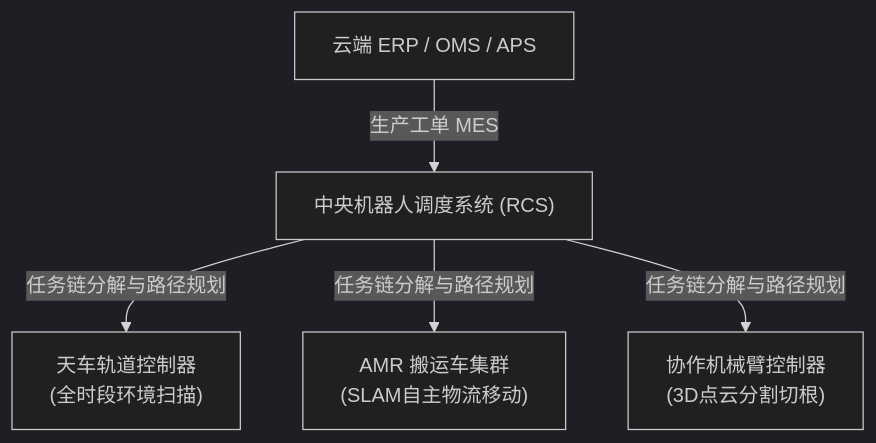
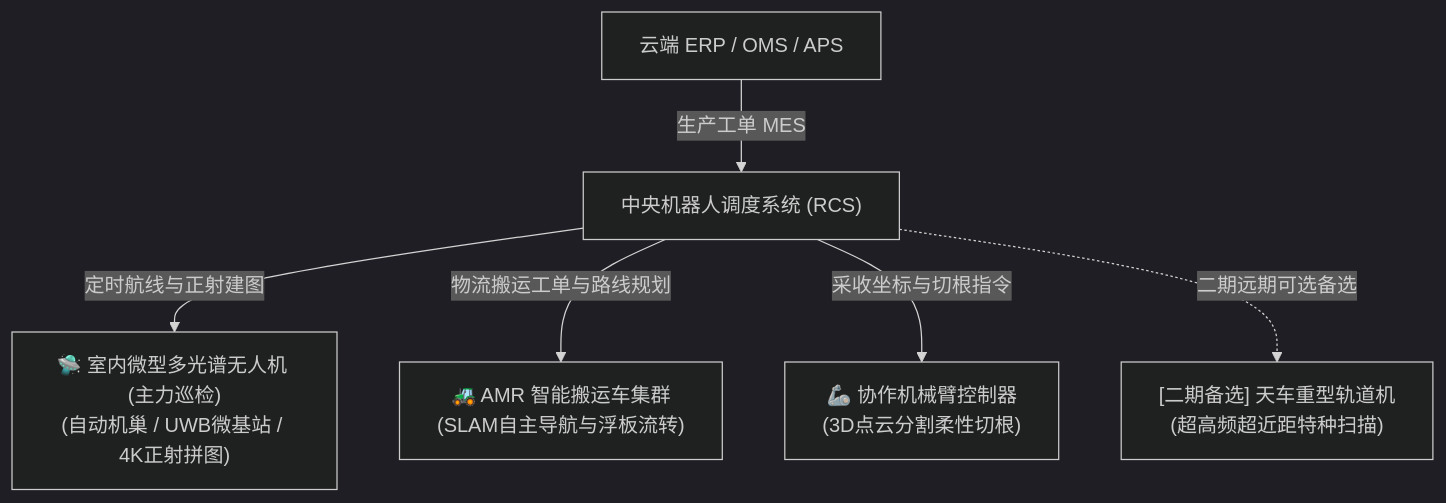
The diagram in docs/04_subsystems/04_智能调度与机器人.md (digitalboy/aquaponics), drawn with Mermaid (dark theme) before and after one commit. The commit also changed other lines of this file and 35 other files, not shown here.

````diff
--- a/docs/04_subsystems/04_智能调度与机器人.md
+++ b/docs/04_subsystems/04_智能调度与机器人.md
@@ -11,8 +11,9 @@
 ```mermaid
 flowchart TD
     Cloud["云端 ERP / OMS / APS"] -->|生产工单 MES| RCS["中央机器人调度系统 (RCS)"]
     
-    RCS -->|任务链分解与路径规划| Gantry["天车轨道控制器<br>(全时段环境扫描)"]
-    RCS -->|任务链分解与路径规划| AMR["AMR 搬运车集群<br>(SLAM自主物流移动)"]
-    RCS -->|任务链分解与路径规划| Arm["协作机械臂控制器<br>(3D点云分割切根)"]
+    RCS -->|定时航线与正射建图| UAV["🛸 室内微型多光谱无人机 (主力巡检)<br>(自动机巢 / UWB微基站 / 4K正射拼图)"]
+    RCS -->|物流搬运工单与路线规划| AMR["🚜 AMR 智能搬运车集群<br>(SLAM自主导航与浮板流转)"]
+    RCS -->|采收坐标与切根指令| Arm["🦾 协作机械臂控制器<br>(3D点云分割柔性切根)"]
+    RCS -.->|二期远期可选备选| RailTrack["[二期备选] 天车重型轨道机<br>(超高频超近距特种扫描)"]
 ```
````
